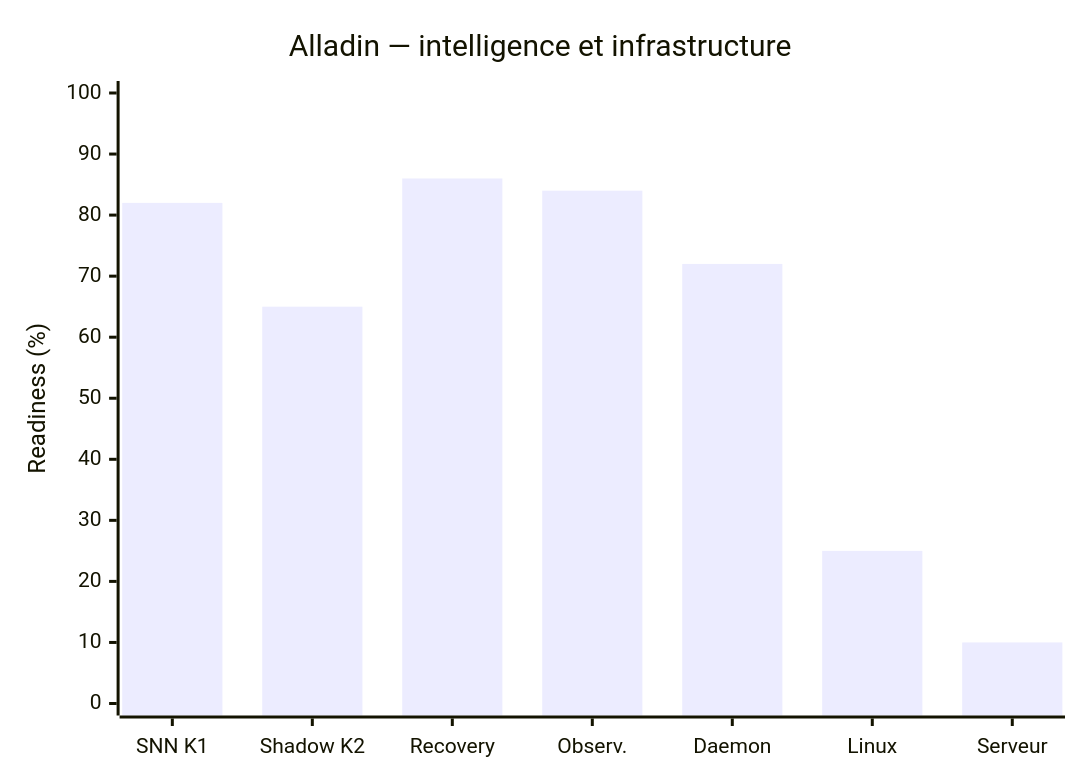
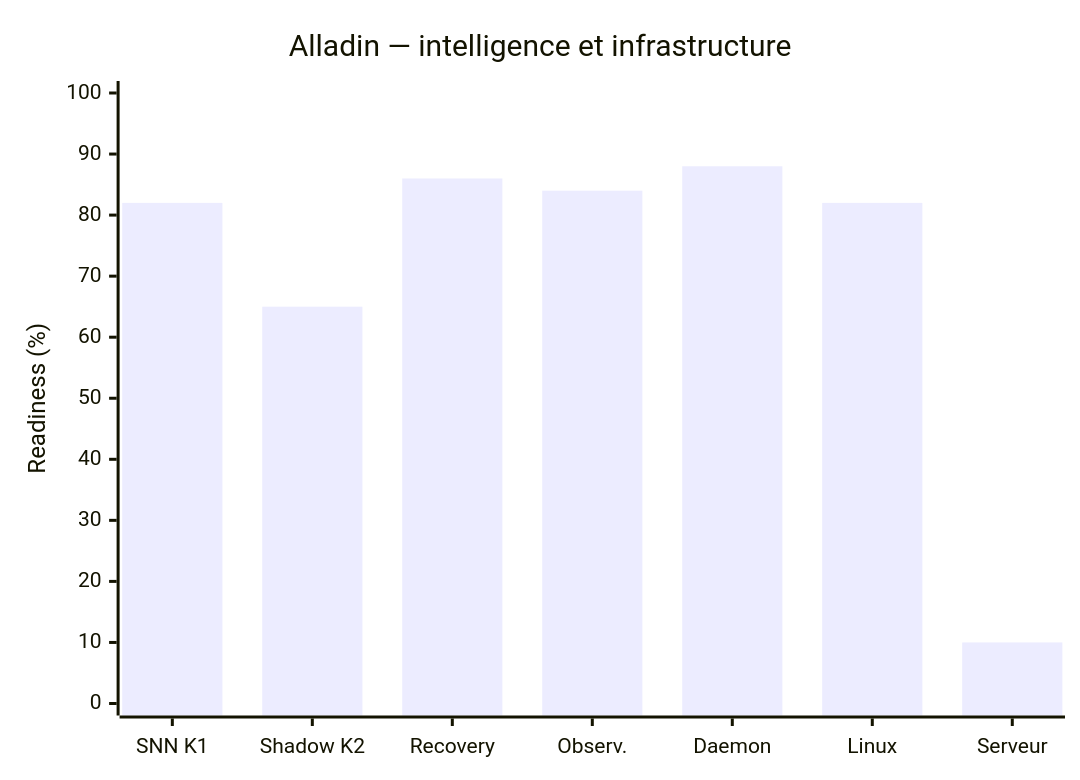
One commit to Monoru1/Alladin changed the second of 3 diagrams in docs/AUTONOMY_PROGRESS.md. Above: the diagram before and after it, drawn with Mermaid. The commit also changed other lines of this file and 1 other file, not shown here.

````diff
--- a/docs/AUTONOMY_PROGRESS.md
+++ b/docs/AUTONOMY_PROGRESS.md
@@ -75,7 +75,7 @@
 ```mermaid
 xychart-beta
     title "Alladin — intelligence et infrastructure"
     x-axis ["SNN K1", "Shadow K2", "Recovery", "Observ.", "Daemon", "Linux", "Serveur"]
     y-axis "Readiness (%)" 0 --> 100
-    bar [82, 65, 86, 84, 72, 25, 10]
+    bar [82, 65, 86, 84, 88, 82, 10]
 ```
````
